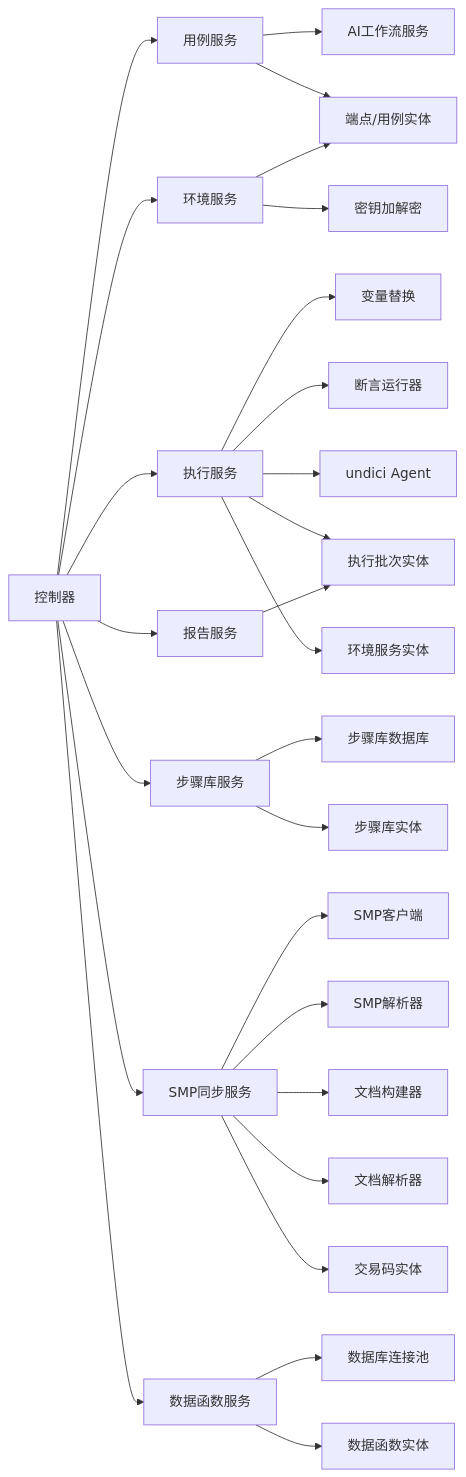
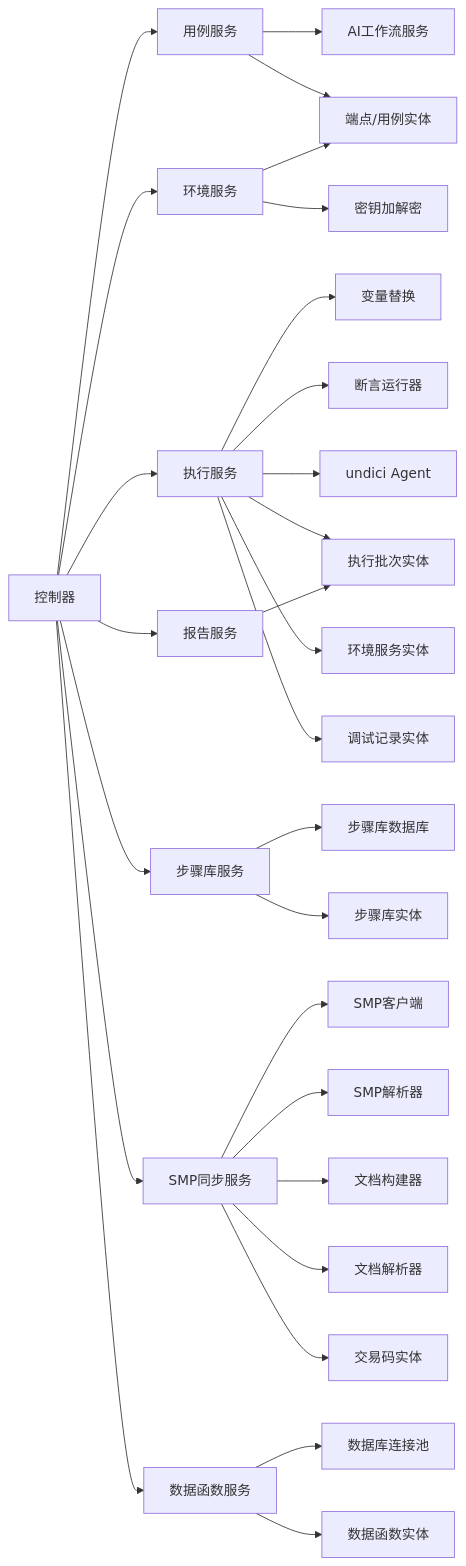
The ninth of 9 diagrams in .qoder/repowiki/zh/content/核心功能模块/API 测试模块.md (Lichhu/caseForge), drawn with Mermaid before and after one commit. The commit also changed other lines of this file and 40 other files, not shown here.

````diff
--- a/.qoder/repowiki/zh/content/核心功能模块/API 测试模块.md
+++ b/.qoder/repowiki/zh/content/核心功能模块/API 测试模块.md
@@ -777,29 +832,30 @@
 ```mermaid
 graph LR
 CTL["控制器"] --> SVC_CASE["用例服务"]
 CTL --> SVC_ENV["环境服务"]
 CTL --> SVC_EXEC["执行服务"]
 CTL --> SVC_REPORT["报告服务"]
 CTL --> SVC_STEP["步骤库服务"]
 CTL --> SVC_SMP["SMP同步服务"]
 CTL --> SVC_DATAFN["数据函数服务"]
 SVC_EXEC --> UTIL_VAR["变量替换"]
 SVC_EXEC --> UTIL_ASSERT["断言运行器"]
 SVC_EXEC --> UNDICI["undici Agent"]
 SVC_ENV --> UTIL_CRYPTO["密钥加解密"]
 SVC_STEP --> STEP_DB["步骤库数据库"]
 SVC_SMP --> SMP_CLIENT["SMP客户端"]
 SVC_SMP --> SMP_PARSER["SMP解析器"]
 SVC_SMP --> DOC_BUILDER["文档构建器"]
 SVC_SMP --> DOC_PARSER["文档解析器"]
 SVC_DATAFN --> DB_POOLS["数据库连接池"]
 SVC_CASE --> SVC_AI["AI工作流服务"]
 SVC_CASE --> E1["端点/用例实体"]
 SVC_ENV --> E1
 SVC_EXEC --> E2["执行批次实体"]
 SVC_REPORT --> E2
 SVC_STEP --> E3["步骤库实体"]
 SVC_SMP --> E4["交易码实体"]
 SVC_DATAFN --> E5["数据函数实体"]
 SVC_EXEC --> E6["环境服务实体"]
+SVC_EXEC --> E7["调试记录实体"]
 ```
````
